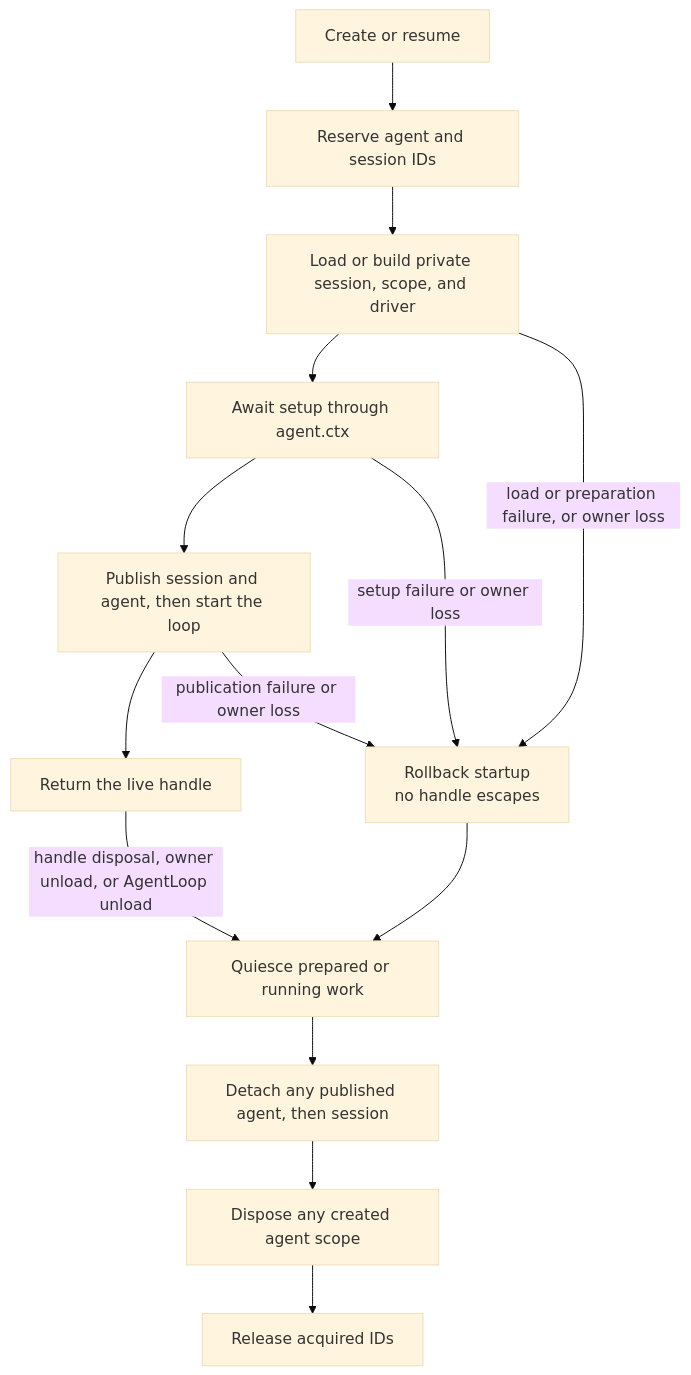
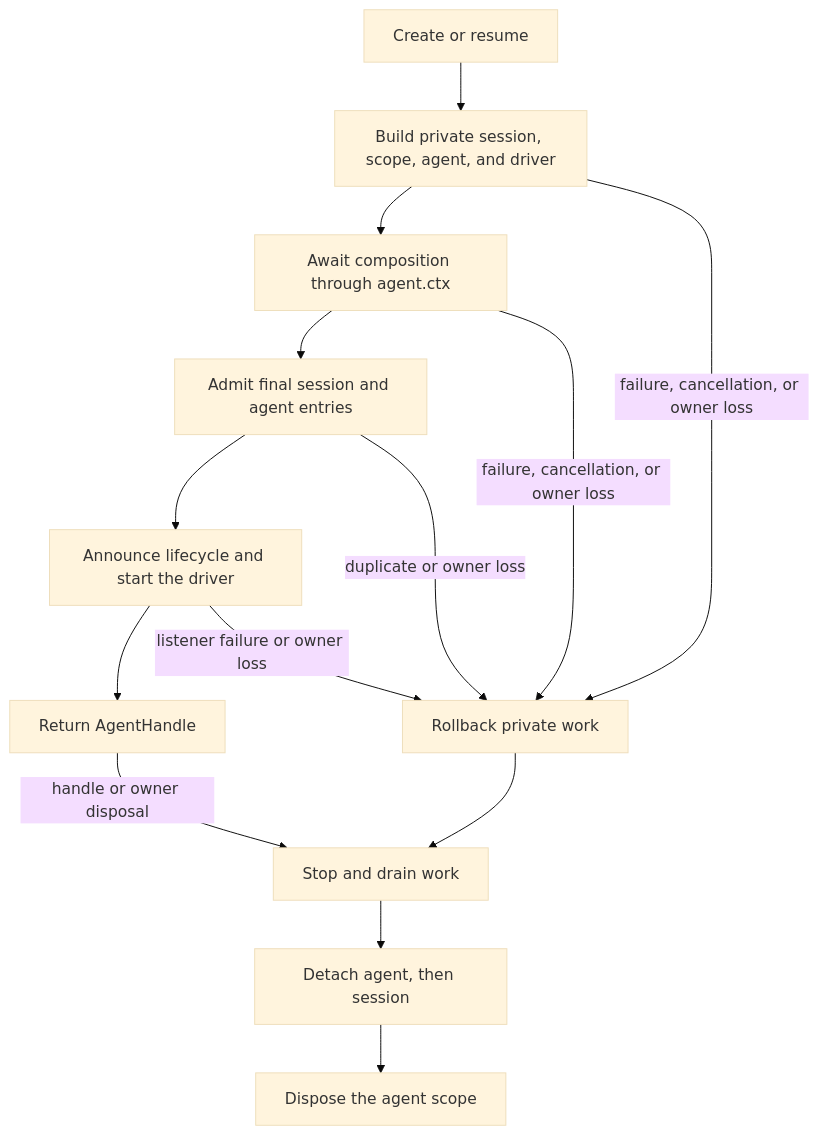
The second of 2 diagrams in docs/rfc/implemented/architecture/2026-07-08-agent-scope-contexts.md (007M7/DeepCode), drawn with Mermaid (base theme) before and after one commit. The commit also changed other lines of this file and 36 other files, not shown here.

````diff
--- a/docs/rfc/implemented/architecture/2026-07-08-agent-scope-contexts.md
+++ b/docs/rfc/implemented/architecture/2026-07-08-agent-scope-contexts.md
@@ -126,17 +120,17 @@
 ```mermaid
 flowchart TB
-  request["Create or resume"] --> reserve["Reserve agent and session IDs"]
-  reserve --> privateWorld["Load or build private session, scope, and driver"]
-  privateWorld --> setup["Await setup through agent.ctx"]
-  setup --> publish["Publish session and agent, then start the loop"]
-  publish --> live["Return the live handle"]
+  request["Create or resume"] --> privateWorld["Build private session, scope, agent, and driver"]
+  privateWorld --> setup["Await composition through agent.ctx"]
+  setup --> admission["Admit final session and agent entries"]
+  admission --> publish["Announce lifecycle and start the driver"]
+  publish --> live["Return AgentHandle"]
 
-  privateWorld -->|"load or preparation failure, or owner loss"| rollback["Rollback startup<br/>no handle escapes"]
-  setup -->|"setup failure or owner loss"| rollback
-  publish -->|"publication failure or owner loss"| rollback
-  live -->|"handle disposal, owner unload, or AgentLoop unload"| settle["Quiesce prepared or running work"]
-  rollback --> settle
-  settle --> detach["Detach any published agent, then session"]
-  detach --> revoke["Dispose any created agent scope"]
-  revoke --> release["Release acquired IDs"]
+  privateWorld -->|"failure, cancellation, or owner loss"| rollback["Rollback private work"]
+  setup -->|"failure, cancellation, or owner loss"| rollback
+  admission -->|"duplicate or owner loss"| rollback
+  publish -->|"listener failure or owner loss"| rollback
+  live -->|"handle or owner disposal"| quiesce["Stop and drain work"]
+  rollback --> quiesce
+  quiesce --> detach["Detach agent, then session"]
+  detach --> revoke["Dispose the agent scope"]
 ```
````
